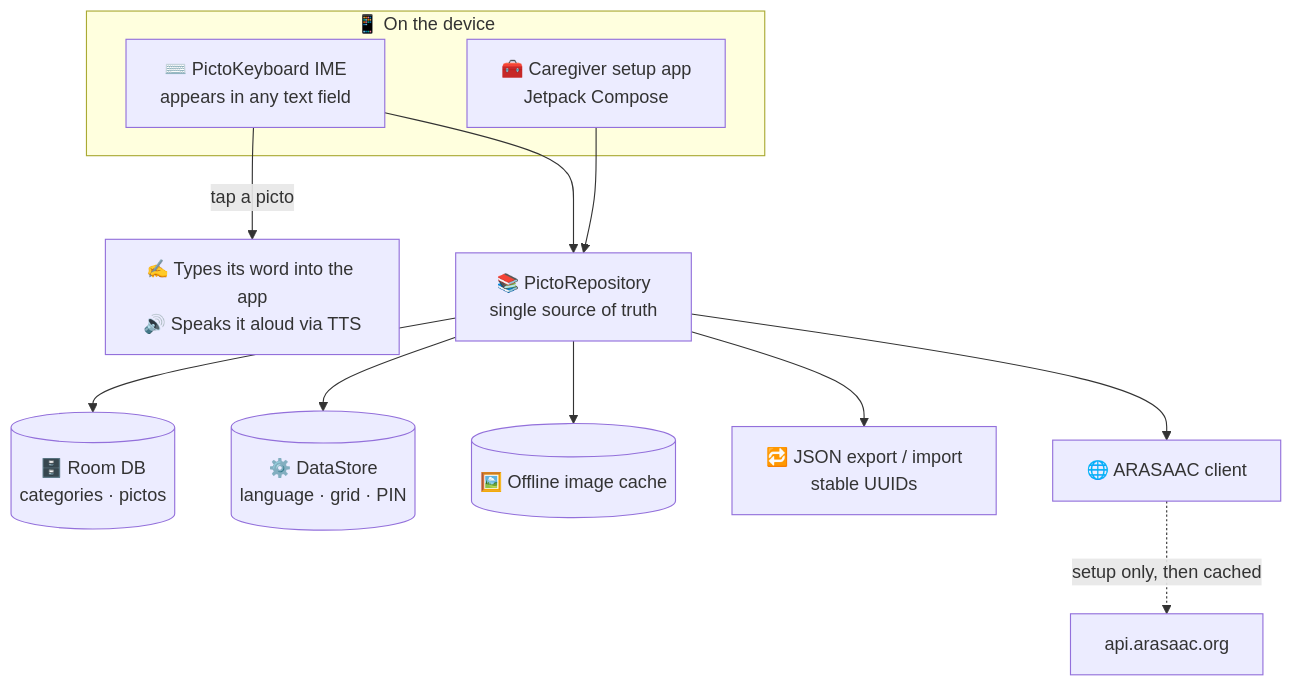
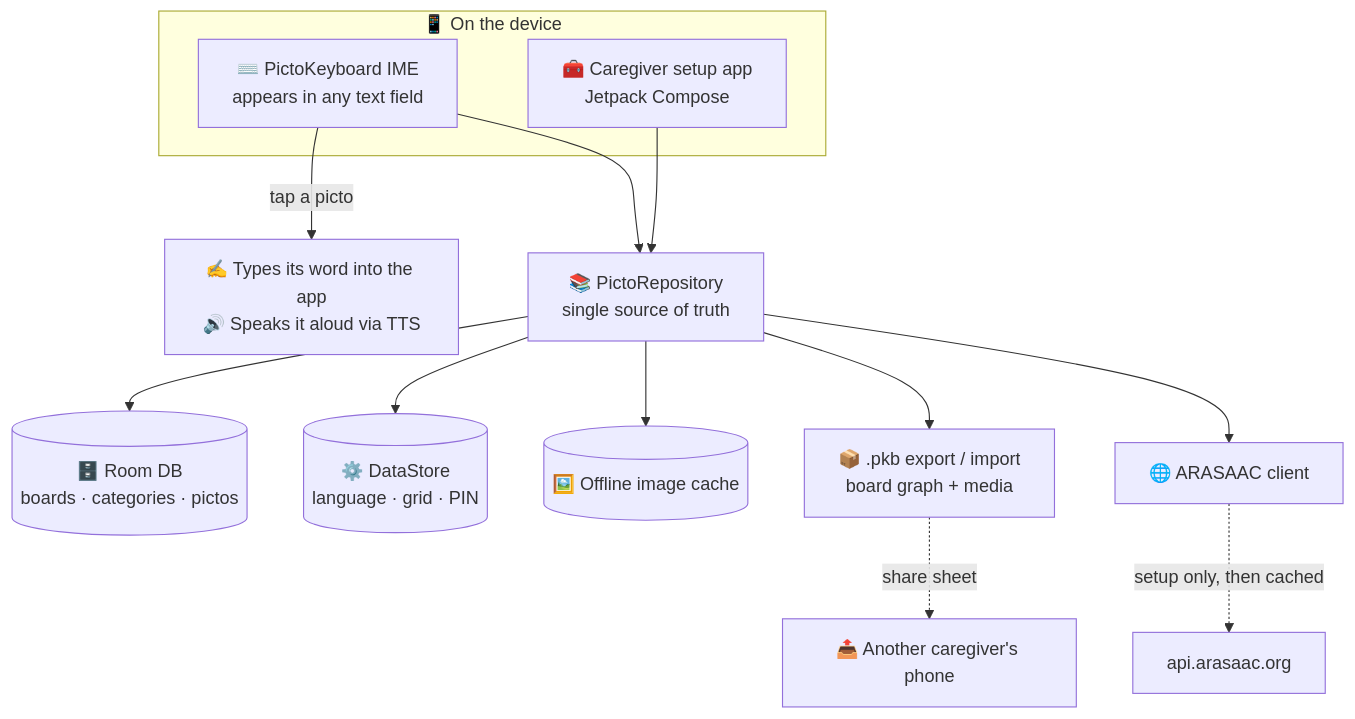
Before and after one commit to SelfishCoconut/pictokeyboard: the diagram in README.md, drawn with Mermaid. The commit also changed other lines of this file and 80 other files, not shown here.

````diff
--- a/README.md
+++ b/README.md
@@ -79,21 +84,22 @@
 ```mermaid
 flowchart TD
     subgraph device["📱 On the device"]
         IME["⌨️ PictoKeyboard IME<br/>appears in any text field"]
         APP["🧰 Caregiver setup app<br/>Jetpack Compose"]
     end
 
     IME -->|"tap a picto"| OUT["✍️ Types its word into the app<br/>🔊 Speaks it aloud via TTS"]
 
     APP --> REPO
     IME --> REPO
     REPO["📚 PictoRepository<br/>single source of truth"]
 
-    REPO --> DB[("🗄️ Room DB<br/>categories · pictos")]
+    REPO --> DB[("🗄️ Room DB<br/>boards · categories · pictos")]
     REPO --> PREFS[("⚙️ DataStore<br/>language · grid · PIN")]
     REPO --> CACHE[("🖼️ Offline image cache")]
-    REPO --> BACKUP["🔁 JSON export / import<br/>stable UUIDs"]
+    REPO --> BACKUP["📦 .pkb export / import<br/>board graph + media"]
     REPO --> ARASAAC["🌐 ARASAAC client"]
 
+    BACKUP -.->|"share sheet"| SHARE["📤 Another caregiver's phone"]
     ARASAAC -.->|"setup only, then cached"| API["api.arasaac.org"]
 ```
````
